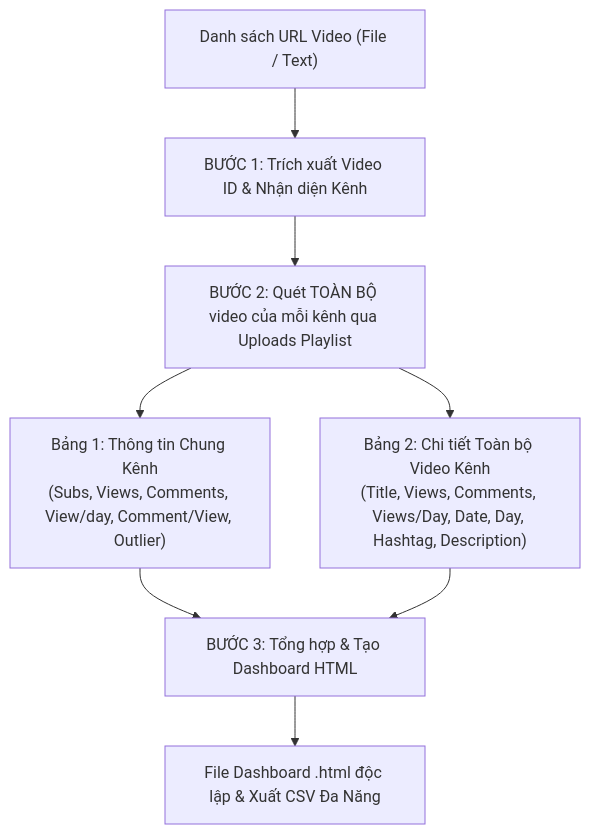
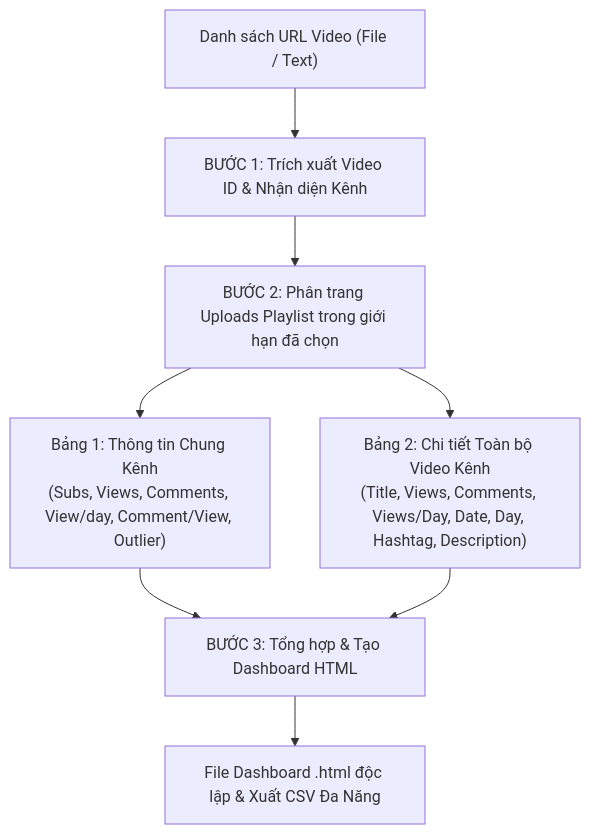
The diagram in plugins/marketing/skills/yt-competitor-analyzer/SKILL.md (sumita-dev/Antigravity-Harness-HuB), drawn with Mermaid before and after one commit. The commit also changed other lines of this file and 43 other files, not shown here.

````diff
--- a/plugins/marketing/skills/yt-competitor-analyzer/SKILL.md
+++ b/plugins/marketing/skills/yt-competitor-analyzer/SKILL.md
@@ -20,10 +20,10 @@
 ```mermaid
 graph TD
     A["Danh sách URL Video (File / Text)"] --> B["BƯỚC 1: Trích xuất Video ID & Nhận diện Kênh"]
-    B --> C["BƯỚC 2: Quét TOÀN BỘ video của mỗi kênh qua Uploads Playlist"]
+    B --> C["BƯỚC 2: Phân trang Uploads Playlist trong giới hạn đã chọn"]
     C --> D1["Bảng 1: Thông tin Chung Kênh<br/>(Subs, Views, Comments, View/day, Comment/View, Outlier)"]
     C --> D2["Bảng 2: Chi tiết Toàn bộ Video Kênh<br/>(Title, Views, Comments, Views/Day, Date, Day, Hashtag, Description)"]
     D1 --> E["BƯỚC 3: Tổng hợp & Tạo Dashboard HTML"]
     D2 --> E
     E --> F["File Dashboard .html độc lập & Xuất CSV Đa Năng"]
 ```
````
